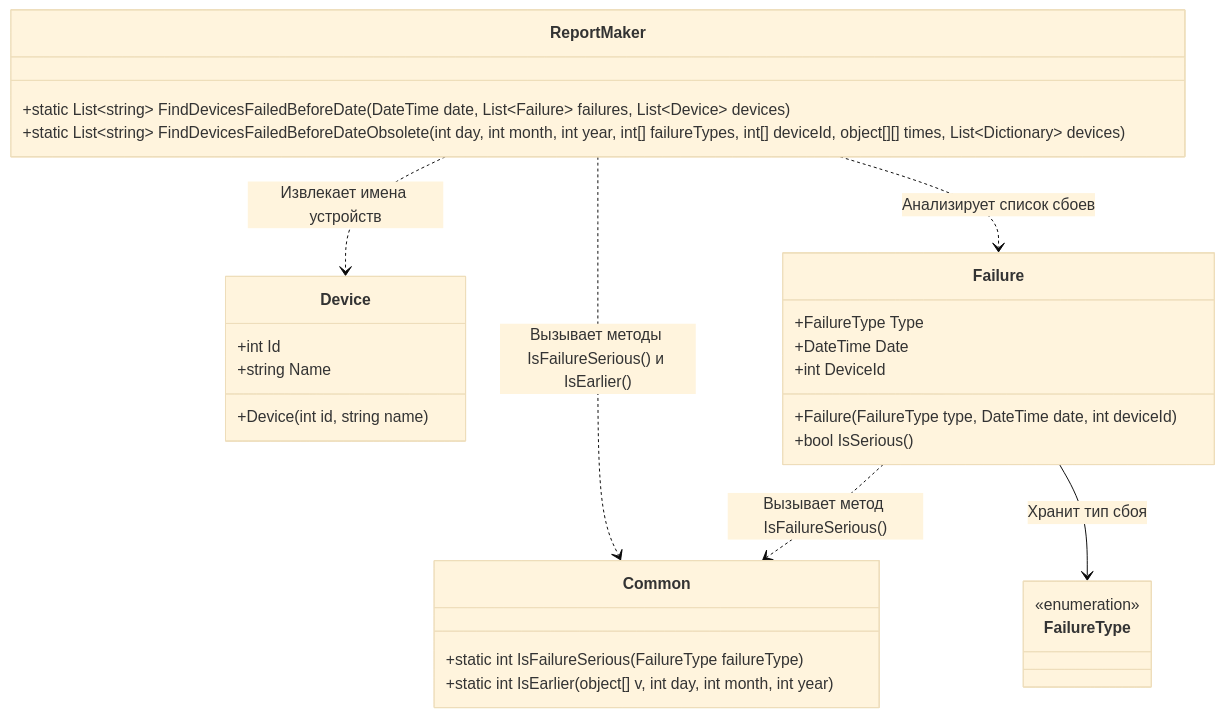
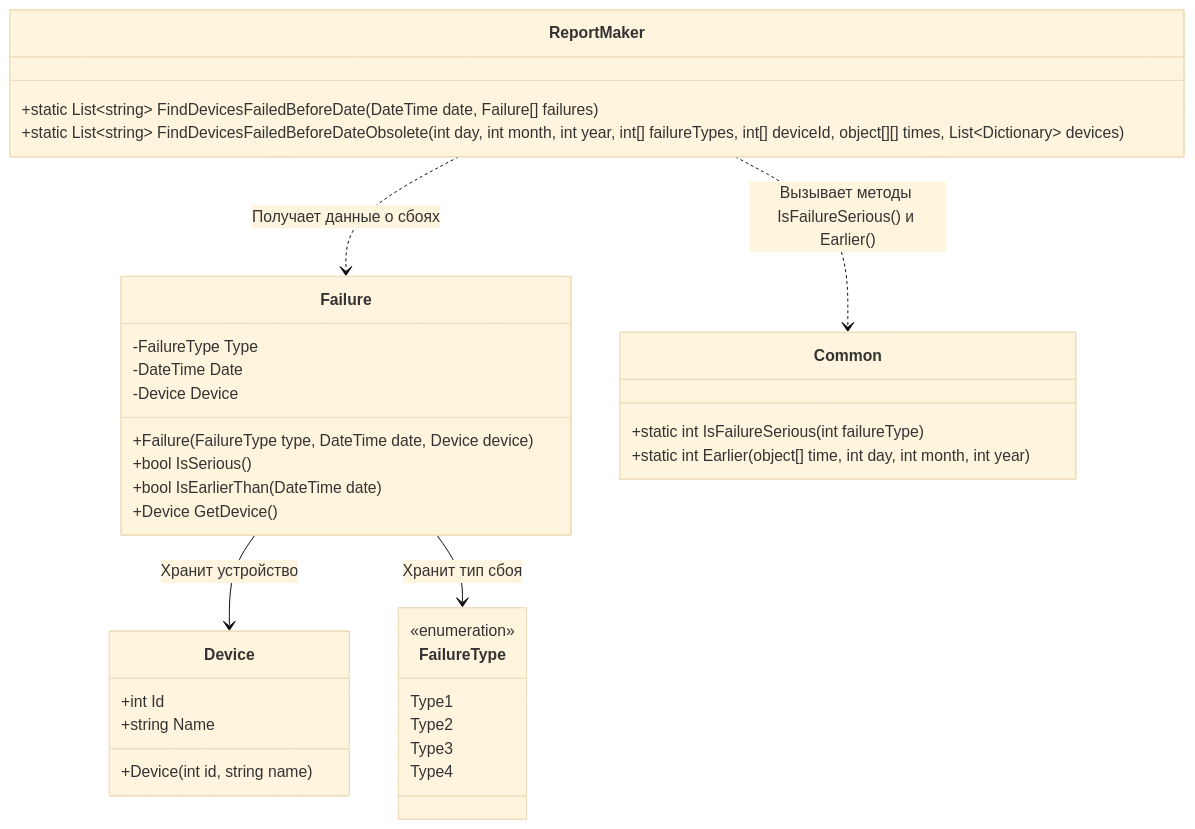
One commit to ram0k009/Practice changed the diagram in sboi.md. Above: the diagram before and after it, drawn with Mermaid (base theme).

````diff
--- a/sboi.md
+++ b/sboi.md
@@ -7,38 +7,42 @@
 ```mermaid
 classDiagram
 direction TB
     class Device {
-	    +int Id
-	    +string Name
-	    +Device(int id, string name)
+        +int Id
+        +string Name
+        +Device(int id, string name)
     }
 
     class Failure {
-	    +FailureType Type
-	    +DateTime Date
-	    +int DeviceId
-	    +Failure(FailureType type, DateTime date, int deviceId)
-	    +bool IsSerious()
+        -FailureType Type
+        -DateTime Date
+        -Device Device
+        +Failure(FailureType type, DateTime date, Device device)
+        +bool IsSerious()
+        +bool IsEarlierThan(DateTime date)
+        +Device GetDevice()
     }
 
     class Common {
-	    +static int IsFailureSerious(FailureType failureType)
-	    +static int IsEarlier(object[] v, int day, int month, int year)
+        +static int IsFailureSerious(int failureType)
+        +static int Earlier(object[] time, int day, int month, int year)
     }
 
     class ReportMaker {
-	    +static List~string~ FindDevicesFailedBeforeDate(DateTime date, List~Failure~ failures, List~Device~ devices)
-	    +static List~string~ FindDevicesFailedBeforeDateObsolete(int day, int month, int year, int[] failureTypes, int[] deviceId, object[][] times, List~Dictionary~ devices)
+        +static List~string~ FindDevicesFailedBeforeDate(DateTime date, Failure[] failures)
+        +static List~string~ FindDevicesFailedBeforeDateObsolete(int day, int month, int year, int[] failureTypes, int[] deviceId, object[][] times, List~Dictionary~ devices)
     }
 
     class FailureType {
+        <<enumeration>>
+        Type1
+        Type2
+        Type3
+        Type4
     }
 
-	<<enumeration>> FailureType
-
-    Failure ..> Common : Вызывает метод IsFailureSerious()
-    ReportMaker ..> Failure : Анализирует список сбоев
-    ReportMaker ..> Device : Извлекает имена устройств
-	ReportMaker ..> Common : Вызывает методы IsFailureSerious() и IsEarlier()
-	Failure --> FailureType : Хранит тип сбоя
+    Failure --> Device : Хранит устройство
+    Failure --> FailureType : Хранит тип сбоя
+    ReportMaker ..> Failure : Получает данные о сбоях
+    ReportMaker ..> Common : Вызывает методы IsFailureSerious() и Earlier()
 ```
````
